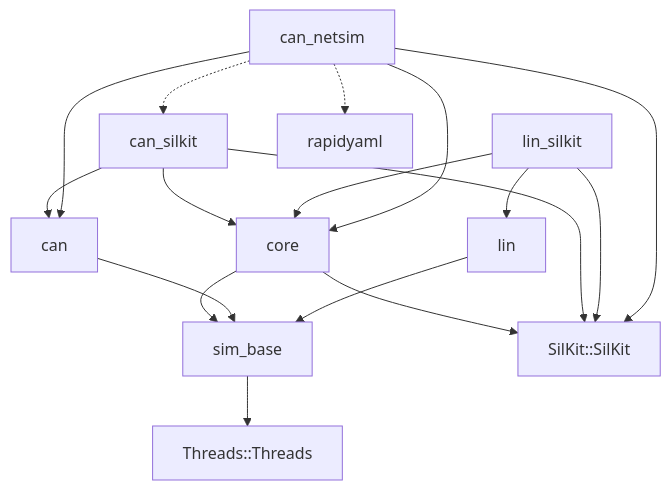
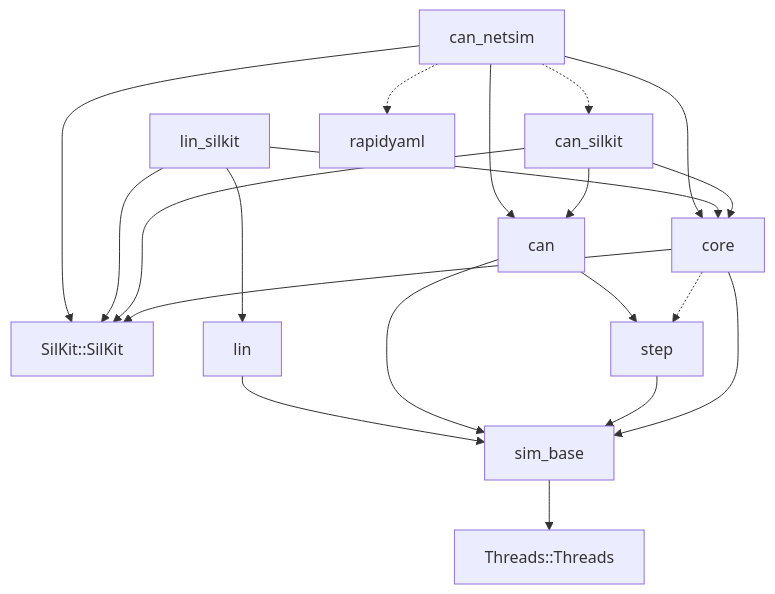
The second of 7 diagrams in docs/code-map.md (rahanahu/vehicle-sil), drawn with Mermaid before and after one commit. The commit also changed other lines of this file and 39 other files, not shown here.

First line of the commit message:
refactor(step): move the step host, the clocks and the two drivers out of the CAN library (#31)

````diff
--- a/docs/code-map.md
+++ b/docs/code-map.md
@@ -139,19 +141,22 @@
 ```mermaid
 flowchart TD
     sim_base --> Threads["Threads::Threads"]
     core --> SilKit["SilKit::SilKit"]
     core --> sim_base
+    core -.-> step
+    step --> sim_base
+    can --> step
     can --> sim_base
     lin --> sim_base
     can_silkit --> can
     can_silkit --> core
     can_silkit --> SilKit
     lin_silkit --> lin
     lin_silkit --> core
     lin_silkit --> SilKit
     can_netsim --> can
     can_netsim --> core
     can_netsim --> SilKit
     can_netsim -.-> can_silkit
     can_netsim -.-> rapidyaml
 ```
````
